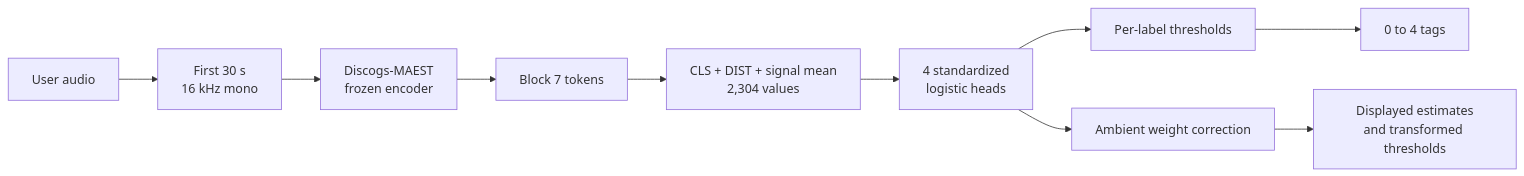
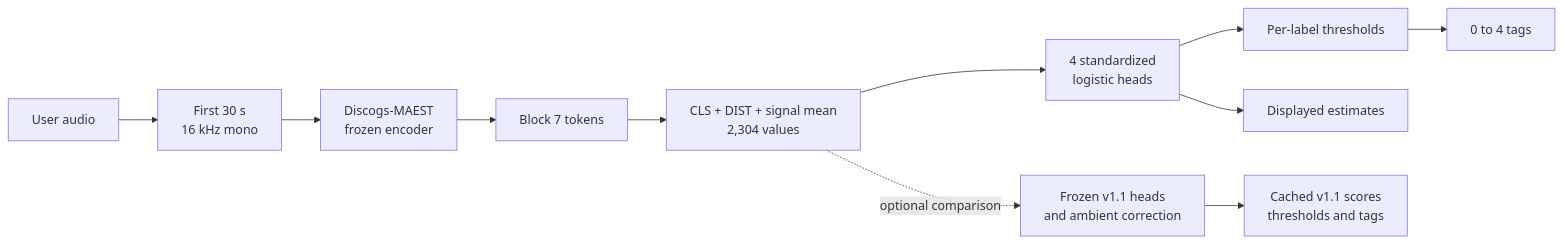
The diagram in README.md (f0rKyrie1rving/music-classification), drawn with Mermaid before and after one commit. The commit also changed other lines of this file and 378 other files, not shown here.

````diff
--- a/README.md
+++ b/README.md
@@ -137,12 +180,13 @@
 ```mermaid
 flowchart LR
     A[User audio] --> B[First 30 s<br/>16 kHz mono]
     B --> C[Discogs-MAEST<br/>frozen encoder]
     C --> D[Block 7 tokens]
     D --> E[CLS + DIST + signal mean<br/>2,304 values]
     E --> F[4 standardized<br/>logistic heads]
     F --> G[Per-label thresholds]
     G --> H[0 to 4 tags]
-    F --> I[Ambient weight correction]
-    I --> J[Displayed estimates<br/>and transformed thresholds]
+    F --> J[Displayed estimates]
+    E -. optional comparison .-> K[Frozen v1.1 heads<br/>and ambient correction]
+    K --> L[Cached v1.1 scores<br/>thresholds and tags]
 ```
````
